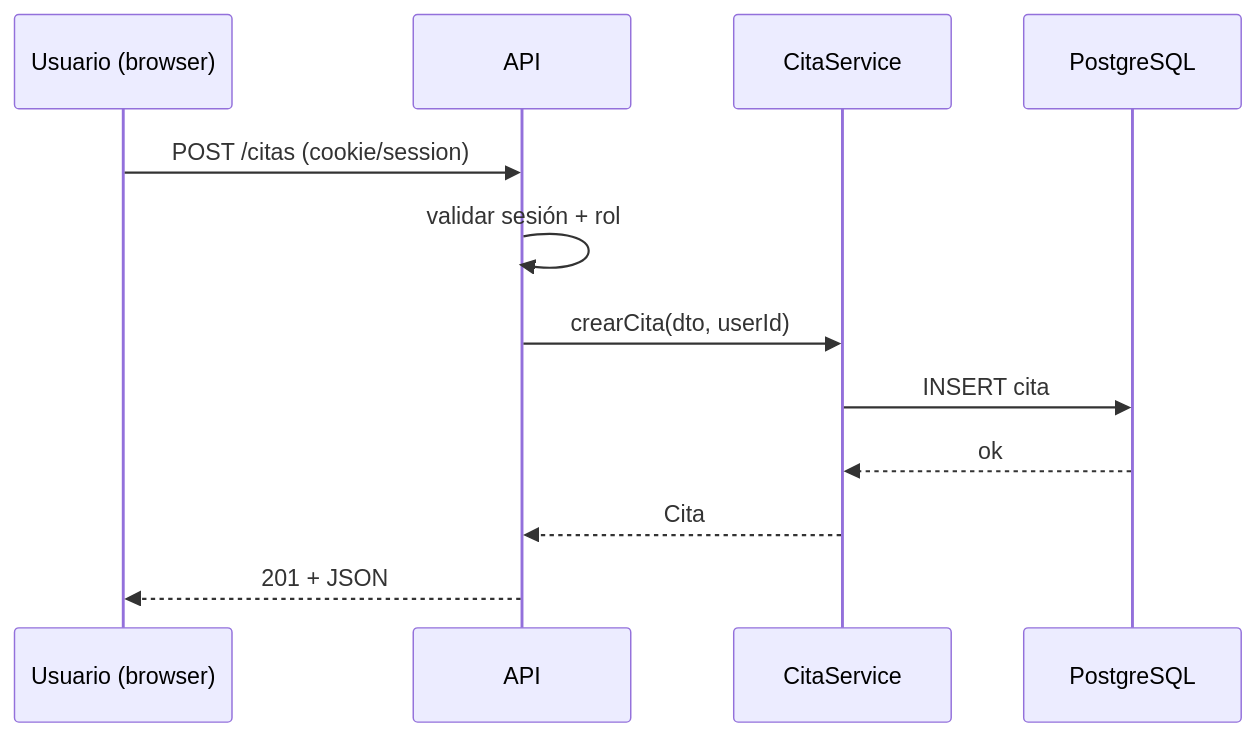
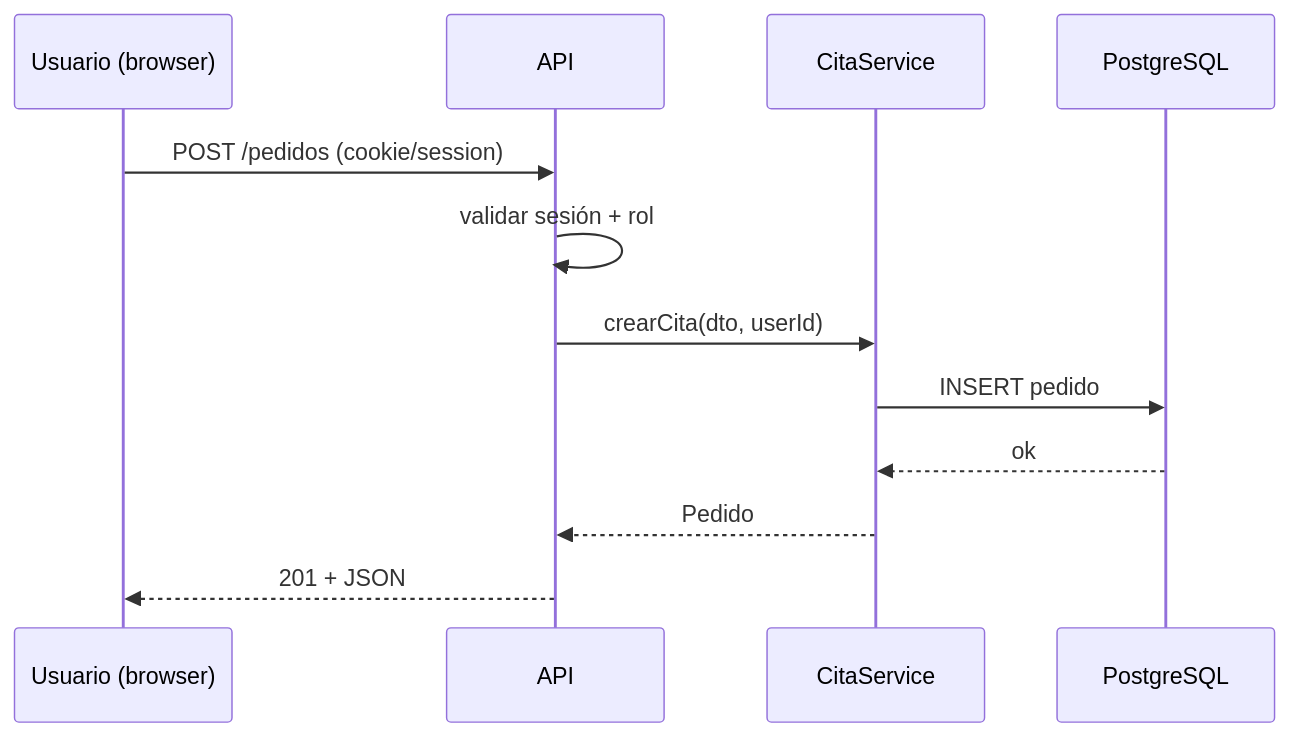
Before and after one commit to adriantaf/software-engineer: the diagram in curriculum/etapas/02-disciplinaria/M13-analisis-y-diseno.md, drawn with Mermaid. The commit also changed other lines of this file and 370 other files, not shown here.

````diff
--- a/curriculum/etapas/02-disciplinaria/M13-analisis-y-diseno.md
+++ b/curriculum/etapas/02-disciplinaria/M13-analisis-y-diseno.md
@@ -137,14 +137,14 @@
 ```mermaid
 sequenceDiagram
   participant U as Usuario (browser)
   participant API as API
   participant S as CitaService
   participant DB as PostgreSQL
-  U->>API: POST /citas (cookie/session)
+  U->>API: POST /pedidos (cookie/session)
   API->>API: validar sesión + rol
   API->>S: crearCita(dto, userId)
-  S->>DB: INSERT cita
+  S->>DB: INSERT pedido
   DB-->>S: ok
-  S-->>API: Cita
+  S-->>API: Pedido
   API-->>U: 201 + JSON
 ```
````
